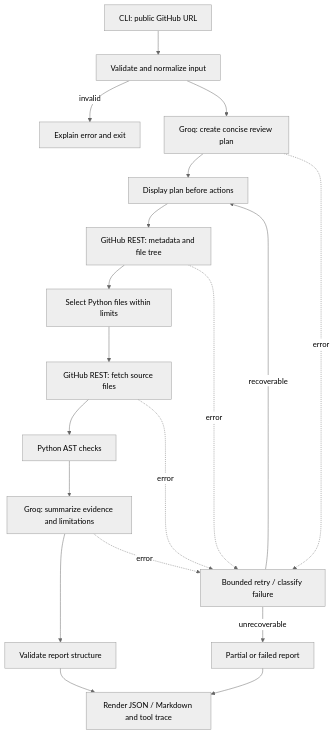
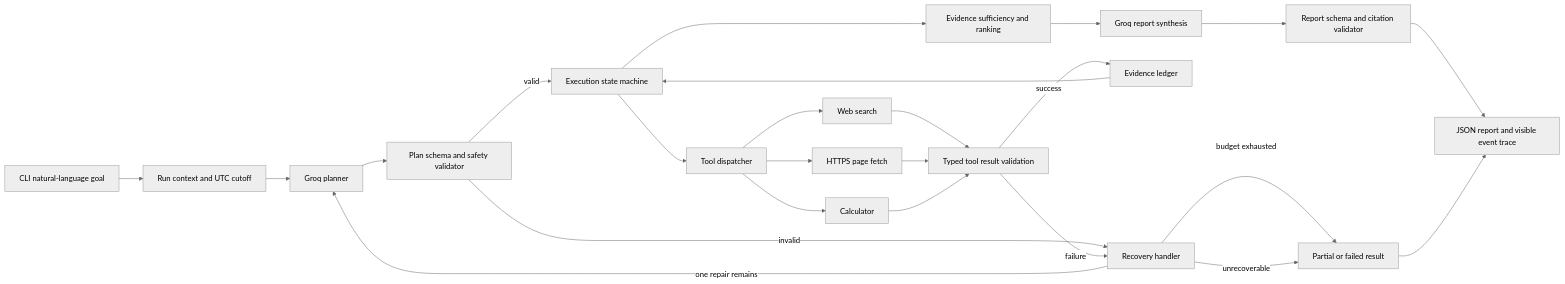
One commit to brajeshkumar7/agentic-GitHub-reviewer changed the diagram in ARCHITECTURE.md. Above: the diagram before and after it, drawn with Mermaid (neutral theme). The commit also changed other lines of this file and 8 other files, not shown here.

````diff
--- a/ARCHITECTURE.md
+++ b/ARCHITECTURE.md
@@ -14,21 +20,26 @@
 ```mermaid
-flowchart TD
-    A[CLI: public GitHub URL] --> B[Validate and normalize input]
-    B -->|invalid| Z[Explain error and exit]
-    B --> C[Groq: create concise review plan]
-    C --> D[Display plan before actions]
-    D --> E[GitHub REST: metadata and file tree]
-    E --> F[Select Python files within limits]
-    F --> G[GitHub REST: fetch source files]
-    G --> H[Python AST checks]
-    H --> I[Groq: summarize evidence and limitations]
-    I --> J[Validate report structure]
-    J --> K[Render JSON / Markdown and tool trace]
-    E -. error .-> R[Bounded retry / classify failure]
-    G -. error .-> R
-    C -. error .-> R
-    I -. error .-> R
-    R -->|recoverable| D
-    R -->|unrecoverable| L[Partial or failed report]
-    L --> K
+flowchart LR
+    A[CLI natural-language goal] --> B[Run context and UTC cutoff]
+    B --> C[Groq planner]
+    C --> D[Plan schema and safety validator]
+    D -->|valid| E[Execution state machine]
+    D -->|invalid| R[Recovery handler]
+    R -->|one repair remains| C
+    R -->|budget exhausted| F[Partial or failed result]
+    E --> G[Tool dispatcher]
+    G --> H[Web search]
+    G --> I[HTTPS page fetch]
+    G --> J[Calculator]
+    H --> K[Typed tool result validation]
+    I --> K
+    J --> K
+    K -->|failure| R
+    K -->|success| L[Evidence ledger]
+    L --> E
+    E --> M[Evidence sufficiency and ranking]
+    M --> N[Groq report synthesis]
+    N --> O[Report schema and citation validator]
+    O --> P[JSON report and visible event trace]
+    R -->|unrecoverable| F
+    F --> P
 ```
````
